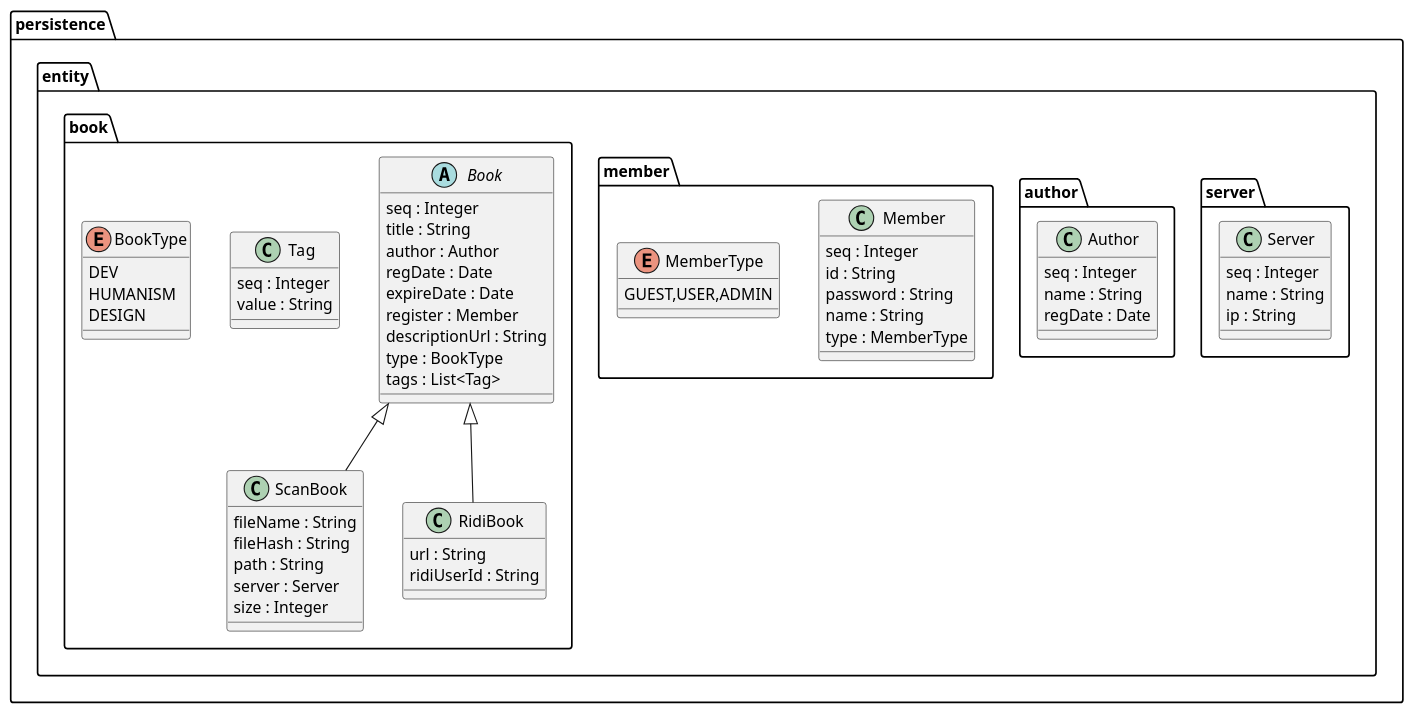
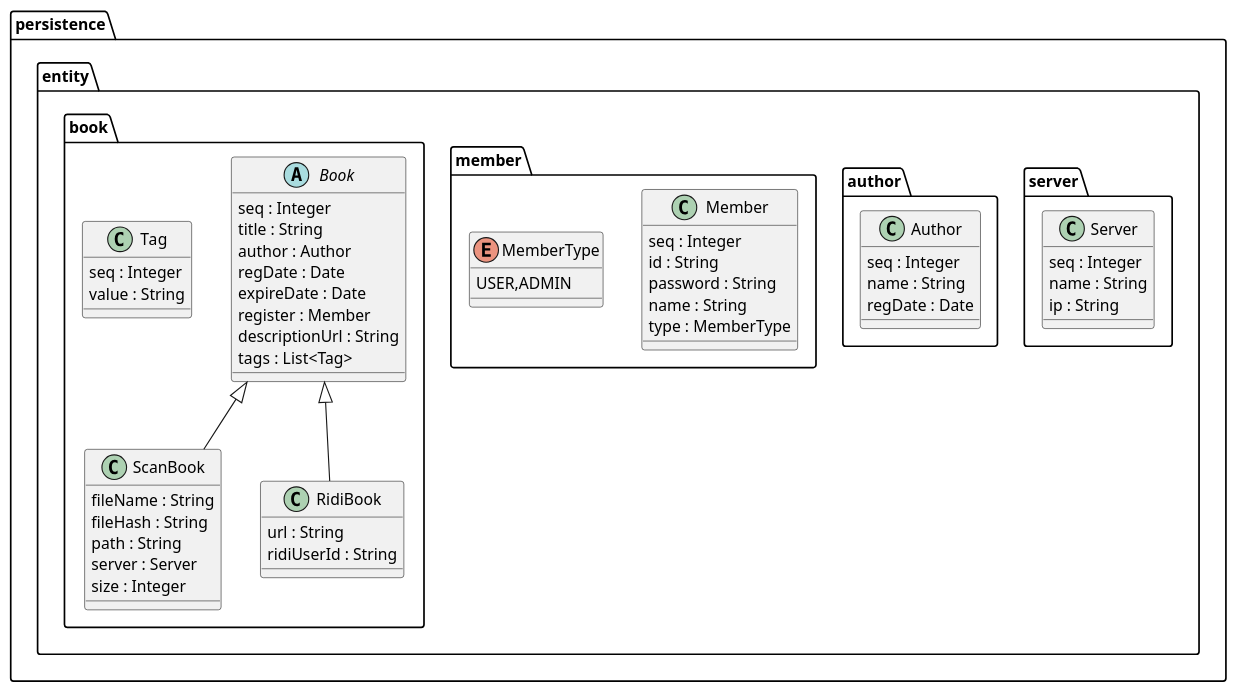
The diagram in uml/all-class-diagram.puml (glqdlt/myhome-manager), drawn with PlantUML before and after one commit. The commit also changed 19 other files, not shown here.

```diff
--- a/uml/all-class-diagram.puml
+++ b/uml/all-class-diagram.puml
@@ -1,75 +1,68 @@
 @startuml
 
 
 package persistence.entity.server{
 
     class Server{
     seq : Integer
     name : String
     ip : String
     }
 
 }
 
 package persistence.entity.author{
     class Author{
         seq : Integer
         name : String
         regDate : Date
     }
 }
 
 package persistence.entity.member{
 class Member {
     seq : Integer
     id : String
     password : String
     name : String
     type : MemberType
 }
 
 enum MemberType{
-    GUEST,USER,ADMIN
+   USER,ADMIN
 }
 }
 package persistence.entity.book {
 abstract class Book{
     seq : Integer
     title : String
     author : Author
     regDate : Date
     expireDate : Date
     register : Member
     descriptionUrl : String
-    type : BookType
     tags : List<Tag>
 }
 
 class Tag {
     seq : Integer
     value : String
 }
 Book <|-- ScanBook
 Book <|-- RidiBook
 
 class ScanBook{
     fileName : String
     fileHash : String
     path : String
     server : Server
     size : Integer
 }
 
 class RidiBook{
     url : String
     ridiUserId : String
 }
-
-enum BookType {
-    DEV
-    HUMANISM
-    DESIGN
-}
 }
 
 @enduml
```
